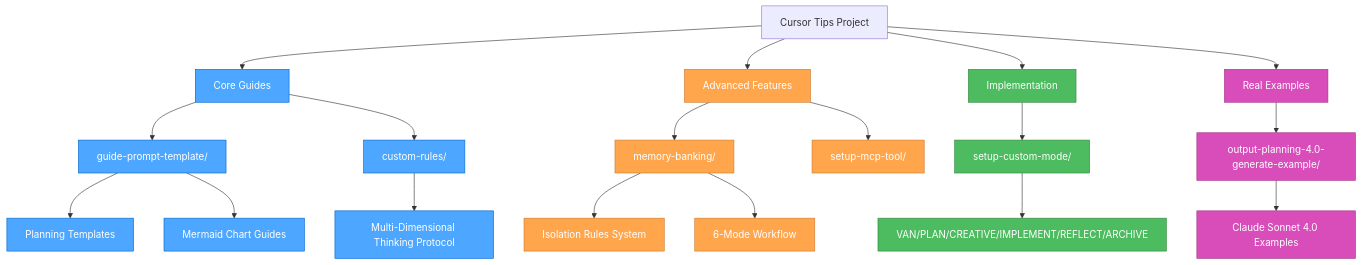
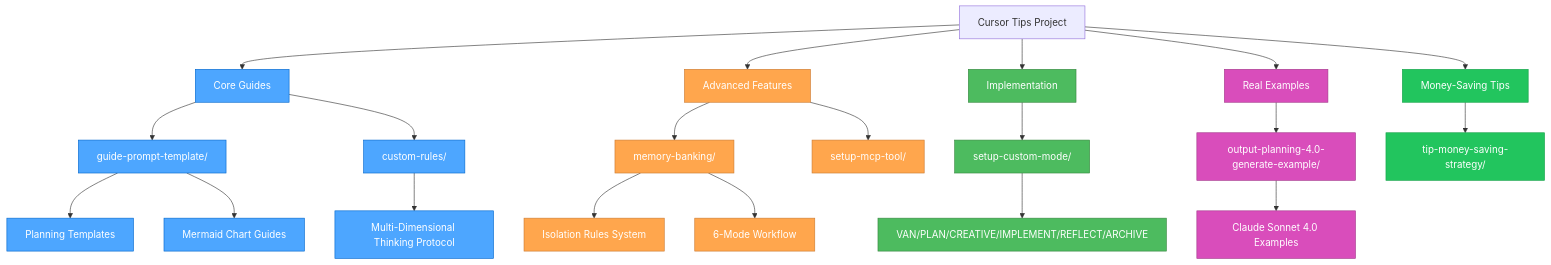
One commit to giang6283623/cursor-tip changed the first of 9 diagrams in README.md. Above: the diagram before and after it, drawn with Mermaid. The commit also changed other lines of this file and 5 other files, not shown here.

First line of the commit message:
Enhance README files with new money-saving strategies and quests

````diff
--- a/README.md
+++ b/README.md
@@ -11,38 +11,42 @@
 ```mermaid
 graph TD
     Root[Cursor Tips Project] --> Core[Core Guides]
     Root --> Advanced[Advanced Features]
     Root --> Implementation[Implementation]
     Root --> Examples[Real Examples]
+    Root --> MoneyTips[Money-Saving Tips]
 
     Core --> GuideTemplate[guide-prompt-template/]
     Core --> CustomRules[custom-rules/]
 
     Advanced --> MemoryBanking[memory-banking/]
     Advanced --> MCPTools[setup-mcp-tool/]
 
     Implementation --> SetupModes[setup-custom-mode/]
     Examples --> OutputPlanning[output-planning-4.0-generate-example/]
+    MoneyTips --> TipStrategy[tip-money-saving-strategy/]
 
     GuideTemplate --> Planning[Planning Templates]
     GuideTemplate --> Mermaid[Mermaid Chart Guides]
 
     CustomRules --> Protocol[Multi-Dimensional Thinking Protocol]
 
     MemoryBanking --> IsolationRules[Isolation Rules System]
     MemoryBanking --> Workflows[6-Mode Workflow]
 
     SetupModes --> ModeSetup[VAN/PLAN/CREATIVE/IMPLEMENT/REFLECT/ARCHIVE]
 
     OutputPlanning --> RealExamples[Claude Sonnet 4.0 Examples]
 
     classDef core fill:#4da6ff,stroke:#0066cc,color:white
     classDef advanced fill:#ffa64d,stroke:#cc7a30,color:white
     classDef implementation fill:#4dbb5f,stroke:#36873f,color:white
     classDef examples fill:#d94dbb,stroke:#a3378a,color:white
+    classDef moneytips fill:#22c55e,stroke:#16a34a,color:white
 
     class Core,GuideTemplate,CustomRules,Planning,Mermaid,Protocol core
     class Advanced,MemoryBanking,MCPTools,IsolationRules,Workflows advanced
     class Implementation,SetupModes,ModeSetup implementation
     class Examples,OutputPlanning,RealExamples examples
+    class MoneyTips,TipStrategy moneytips
 ```
````
